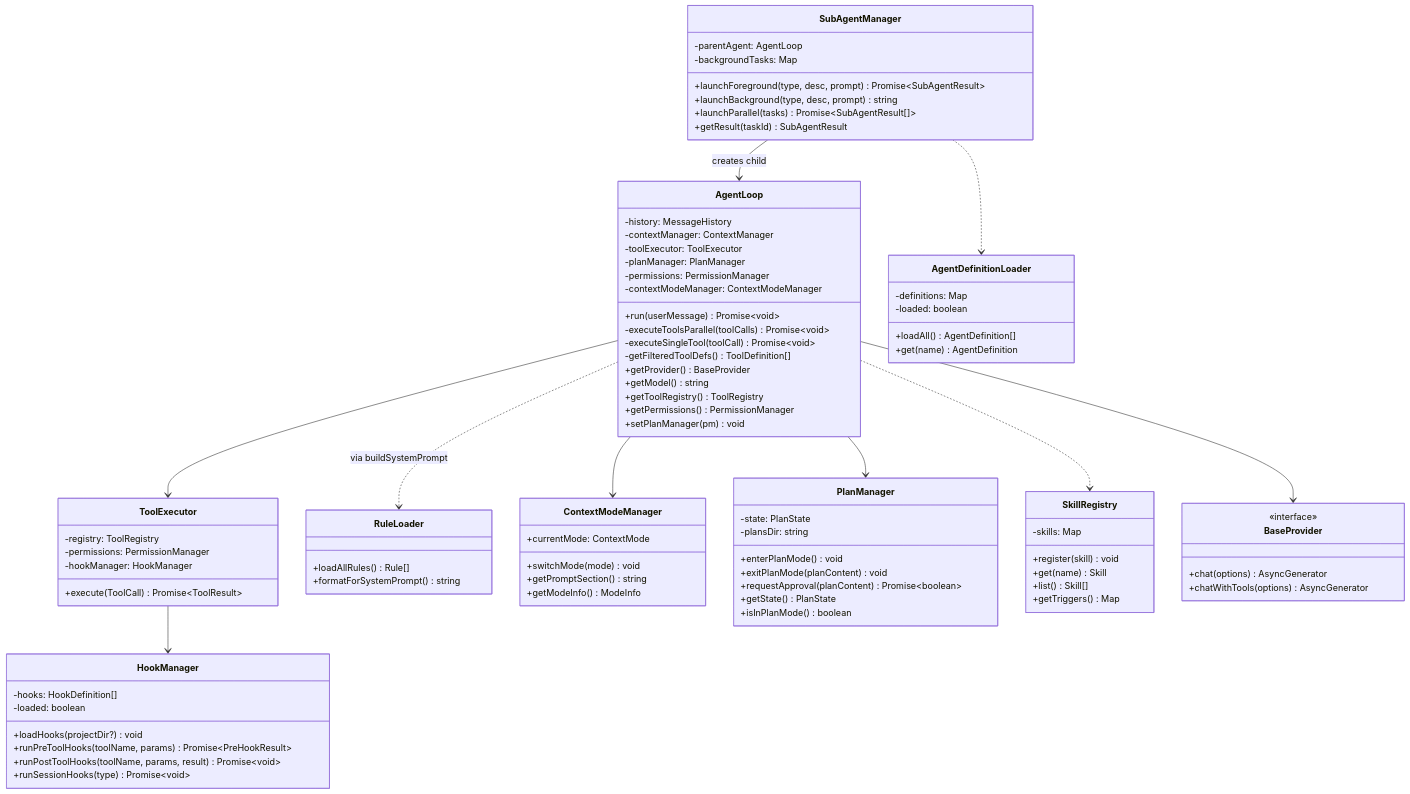
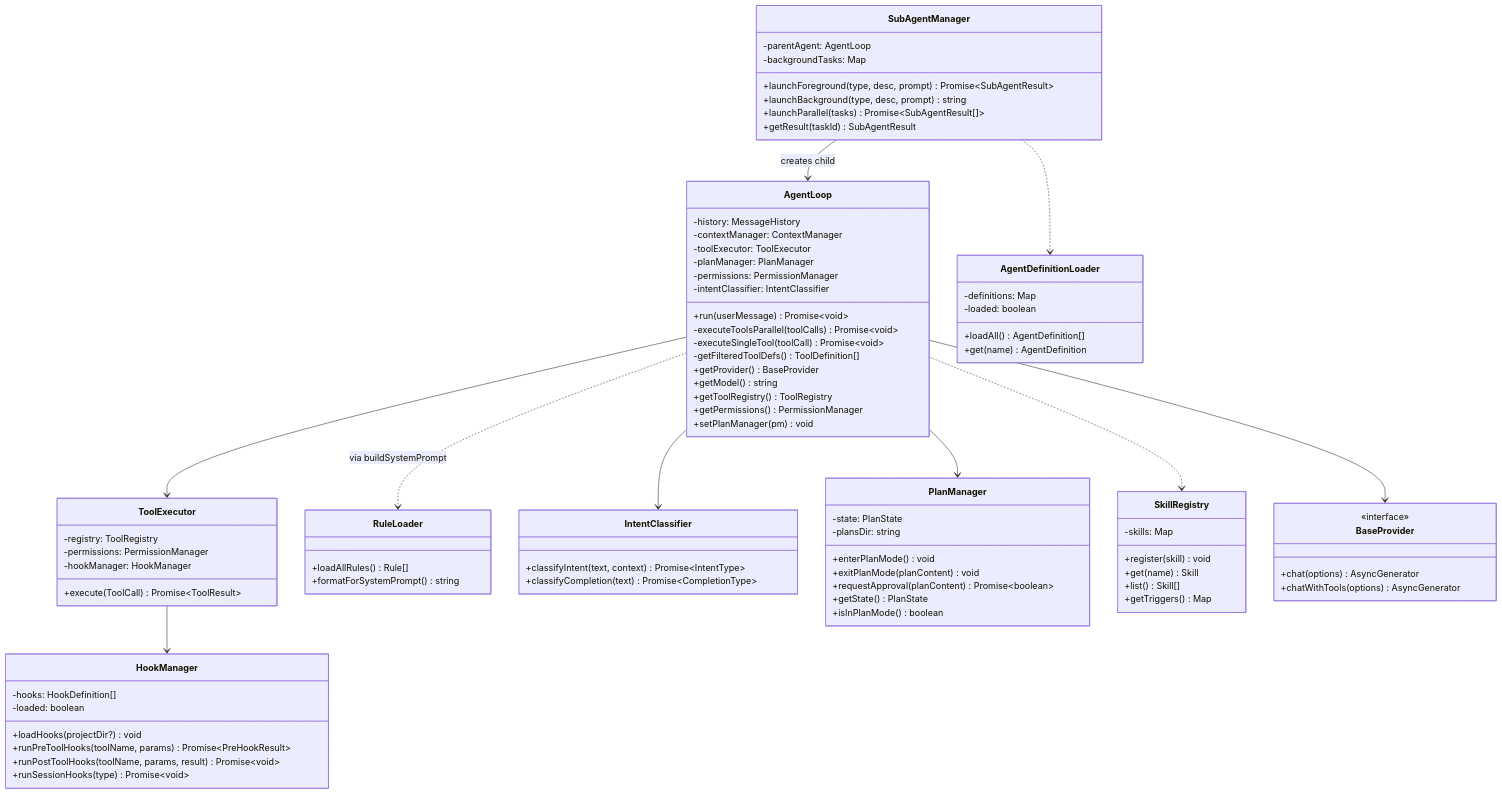
The sixth of 14 diagrams in docs/internal_design.md (t2k2pp/lllmAgents), drawn with Mermaid before and after one commit. The commit also changed other lines of this file and 7 other files, not shown here.

```diff
--- a/docs/internal_design.md
+++ b/docs/internal_design.md
@@ -264,7 +262,7 @@
         -toolExecutor: ToolExecutor
         -planManager: PlanManager
         -permissions: PermissionManager
-        -contextModeManager: ContextModeManager
+        -intentClassifier: IntentClassifier
         +run(userMessage) Promise~void~
         -executeToolsParallel(toolCalls) Promise~void~
         -executeSingleTool(toolCall) Promise~void~
@@ -297,11 +295,9 @@
         +formatForSystemPrompt() string
     }
 
-    class ContextModeManager {
-        +currentMode: ContextMode
-        +switchMode(mode) void
-        +getPromptSection() string
-        +getModeInfo() ModeInfo
+    class IntentClassifier {
+        +classifyIntent(text, context) Promise~IntentType~
+        +classifyCompletion(text) Promise~CompletionType~
     }
 
     class AgentDefinitionLoader {
@@ -347,7 +343,7 @@
     AgentLoop --> ToolExecutor
     AgentLoop --> BaseProvider
     AgentLoop --> PlanManager
-    AgentLoop --> ContextModeManager
+    AgentLoop --> IntentClassifier
     ToolExecutor --> HookManager
     SubAgentManager --> AgentLoop : creates child
     AgentLoop ..> SkillRegistry
```
